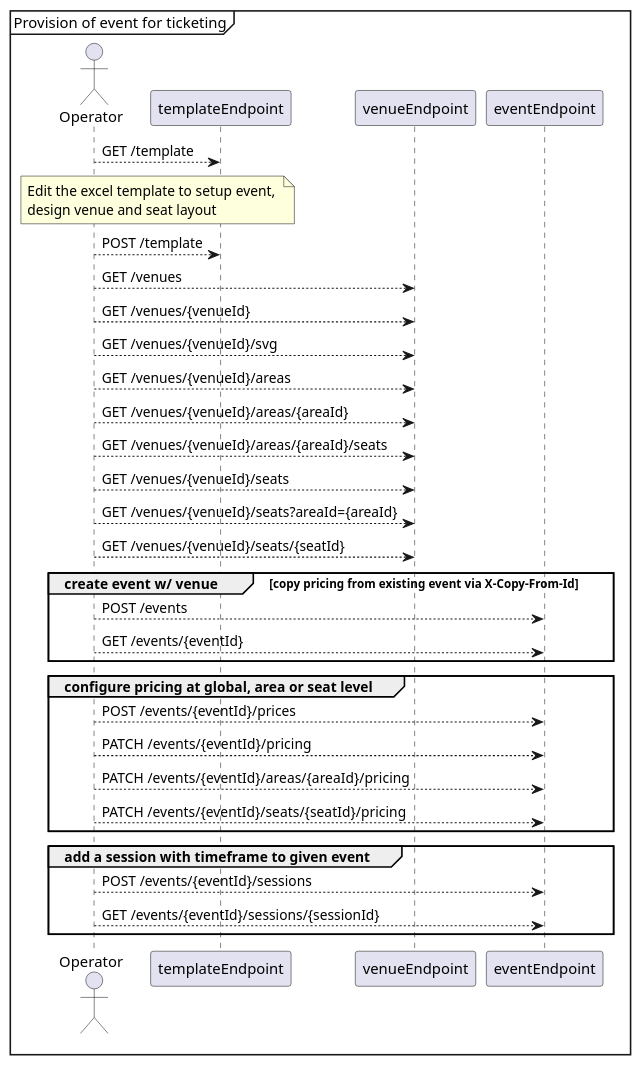
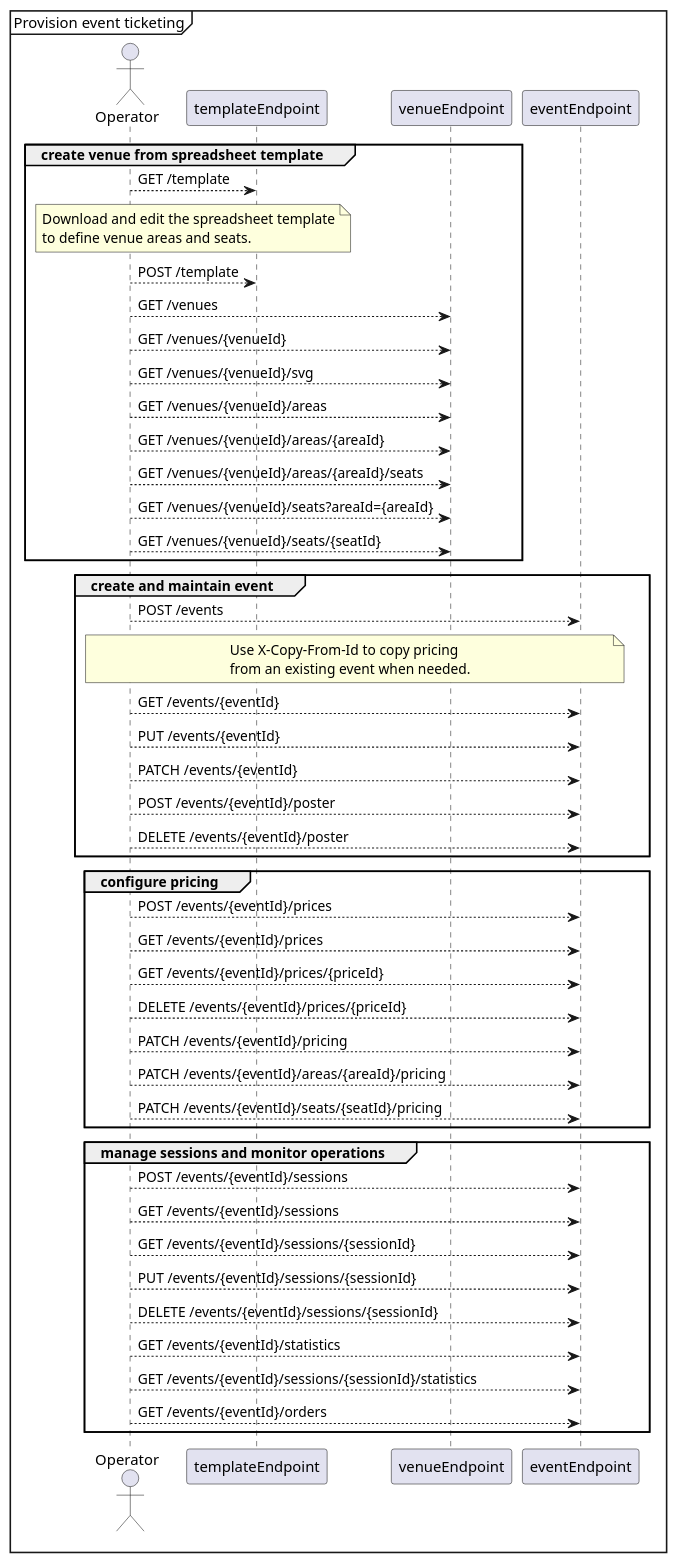
One commit to grantsunny/JTicket changed the diagram in uml/provision.plantuml. Above: the diagram before and after it, drawn with PlantUML. The commit also changed other lines of this file and 18 other files, not shown here.

```diff
--- a/uml/provision.plantuml
+++ b/uml/provision.plantuml
@@ -1,43 +1,60 @@
 @startuml
-mainframe Provision of event for ticketing 
+mainframe Provision event ticketing
 
 actor Operator
-Participant templateEndpoint
-Participant venueEndpoint
-Participant eventEndpoint
+participant templateEndpoint
+participant venueEndpoint
+participant eventEndpoint
 
-
+group create venue from spreadsheet template
 Operator --> templateEndpoint: GET /template
 note over Operator, templateEndpoint
-Edit the excel template to setup event, 
-design venue and seat layout
+Download and edit the spreadsheet template
+to define venue areas and seats.
 end note
 Operator --> templateEndpoint: POST /template
 Operator --> venueEndpoint: GET /venues
 Operator --> venueEndpoint: GET /venues/{venueId}
 Operator --> venueEndpoint: GET /venues/{venueId}/svg
 Operator --> venueEndpoint: GET /venues/{venueId}/areas
 Operator --> venueEndpoint: GET /venues/{venueId}/areas/{areaId}
 Operator --> venueEndpoint: GET /venues/{venueId}/areas/{areaId}/seats
-Operator --> venueEndpoint: GET /venues/{venueId}/seats
 Operator --> venueEndpoint: GET /venues/{venueId}/seats?areaId={areaId}
 Operator --> venueEndpoint: GET /venues/{venueId}/seats/{seatId}
-
-group create event w/ venue [copy pricing from existing event via X-Copy-From-Id]
-Operator --> eventEndpoint: POST /events
-Operator --> eventEndpoint: GET /events/{eventId}
 end
 
-group configure pricing at global, area or seat level
+group create and maintain event
+Operator --> eventEndpoint: POST /events
+note over Operator, eventEndpoint
+Use X-Copy-From-Id to copy pricing
+from an existing event when needed.
+end note
+Operator --> eventEndpoint: GET /events/{eventId}
+Operator --> eventEndpoint: PUT /events/{eventId}
+Operator --> eventEndpoint: PATCH /events/{eventId}
+Operator --> eventEndpoint: POST /events/{eventId}/poster
+Operator --> eventEndpoint: DELETE /events/{eventId}/poster
+end
+
+group configure pricing
 Operator --> eventEndpoint: POST /events/{eventId}/prices
+Operator --> eventEndpoint: GET /events/{eventId}/prices
+Operator --> eventEndpoint: GET /events/{eventId}/prices/{priceId}
+Operator --> eventEndpoint: DELETE /events/{eventId}/prices/{priceId}
 Operator --> eventEndpoint: PATCH /events/{eventId}/pricing
 Operator --> eventEndpoint: PATCH /events/{eventId}/areas/{areaId}/pricing
 Operator --> eventEndpoint: PATCH /events/{eventId}/seats/{seatId}/pricing
-end 
+end
 
-group add a session with timeframe to given event
+group manage sessions and monitor operations
 Operator --> eventEndpoint: POST /events/{eventId}/sessions
+Operator --> eventEndpoint: GET /events/{eventId}/sessions
 Operator --> eventEndpoint: GET /events/{eventId}/sessions/{sessionId}
+Operator --> eventEndpoint: PUT /events/{eventId}/sessions/{sessionId}
+Operator --> eventEndpoint: DELETE /events/{eventId}/sessions/{sessionId}
+Operator --> eventEndpoint: GET /events/{eventId}/statistics
+Operator --> eventEndpoint: GET /events/{eventId}/sessions/{sessionId}/statistics
+Operator --> eventEndpoint: GET /events/{eventId}/orders
 end
 
 @enduml
```
